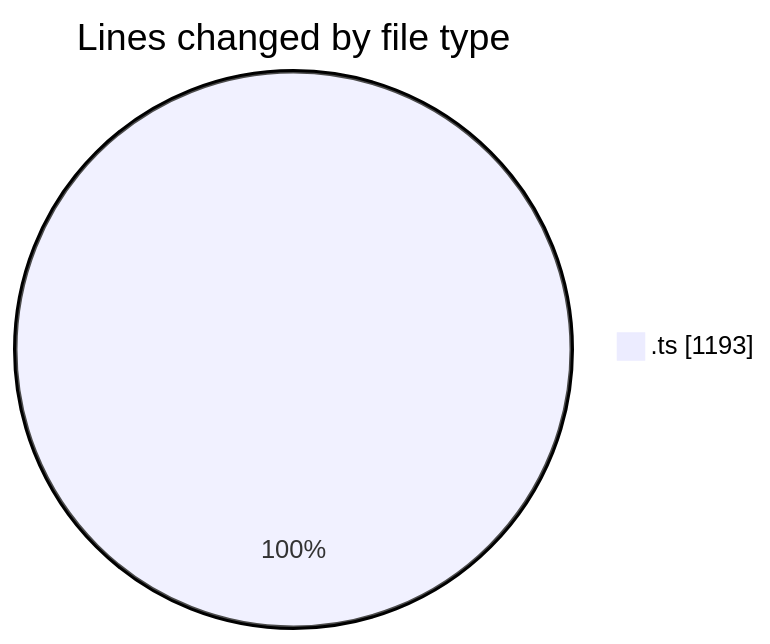
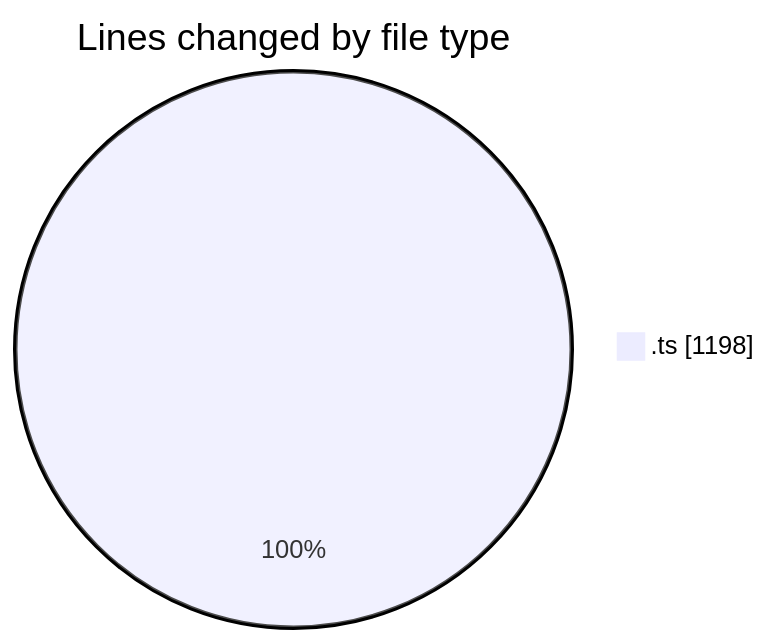
Before and after one commit to momahboobian/code-tracking: the first of 2 diagrams in 2025-06-24/cda/README.md, drawn with Mermaid. The commit also changed other lines of this file and 1 other file, not shown here.

````diff
--- a/2025-06-24/cda/README.md
+++ b/2025-06-24/cda/README.md
@@ -21,5 +21,5 @@
 ```mermaid
 pie showData
 title Lines changed by file type
-".ts" : 1193
+".ts" : 1198
 ```
````
